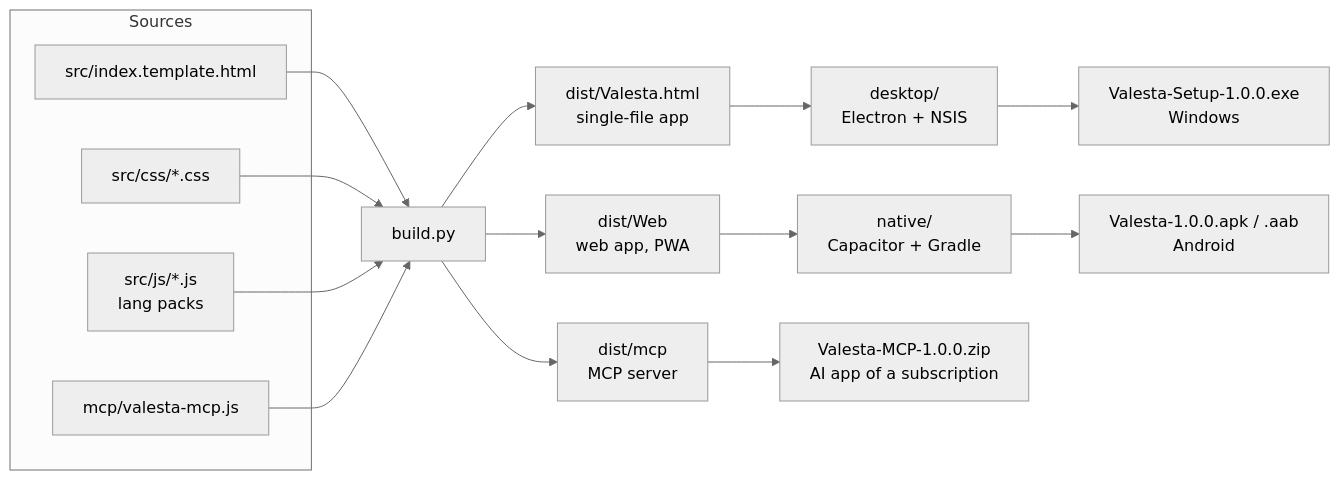
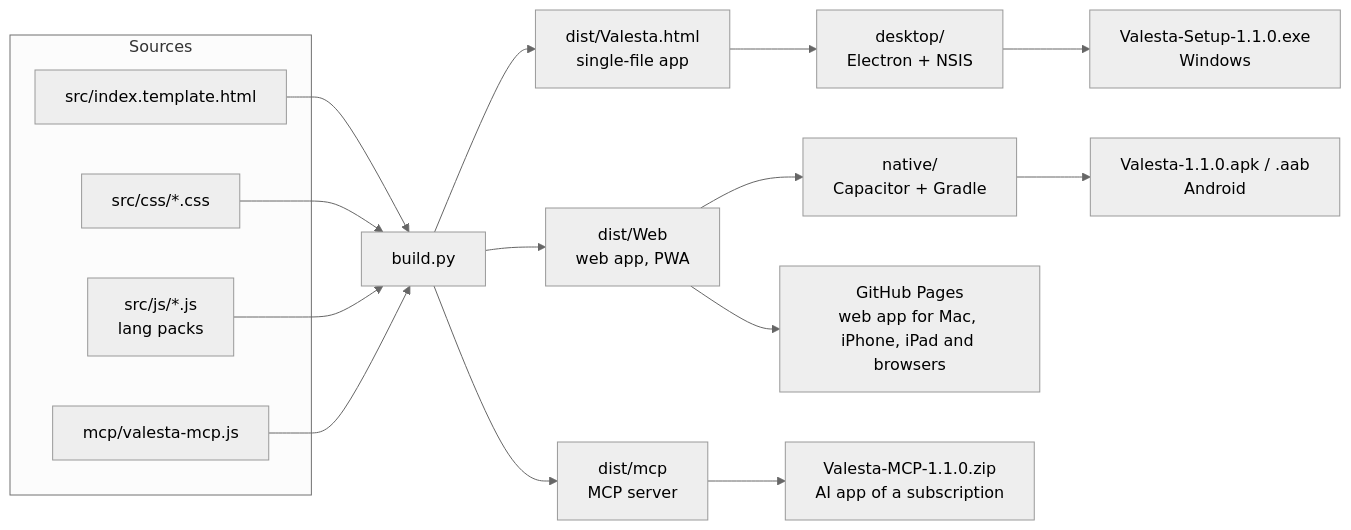
One commit to domestone-ai/Valesta changed the first of 4 diagrams in docs/architecture.md. Above: the diagram before and after it, drawn with Mermaid (neutral theme). The commit also changed 14 other files, not shown here.

````diff
--- a/docs/architecture.md
+++ b/docs/architecture.md
@@ -12,19 +12,20 @@
 ```mermaid
 flowchart LR
   subgraph Sources["Sources"]
     tpl[src/index.template.html]
     css[src/css/*.css]
     js[src/js/*.js<br/>lang packs]
     srv[mcp/valesta-mcp.js]
   end
   tpl & css & js --> build[build.py]
   srv --> build
   build --> single[dist/Valesta.html<br/>single-file app]
   build --> web[dist/Web<br/>web app, PWA]
   build --> mcp[dist/mcp<br/>MCP server]
   single --> desktop[desktop/<br/>Electron + NSIS]
   web --> native[native/<br/>Capacitor + Gradle]
-  desktop --> exe[Valesta-Setup-1.0.0.exe<br/>Windows]
-  native --> apk[Valesta-1.0.0.apk / .aab<br/>Android]
-  mcp --> zip[Valesta-MCP-1.0.0.zip<br/>AI app of a subscription]
+  desktop --> exe[Valesta-Setup-1.1.0.exe<br/>Windows]
+  native --> apk[Valesta-1.1.0.apk / .aab<br/>Android]
+  mcp --> zip[Valesta-MCP-1.1.0.zip<br/>AI app of a subscription]
+  web --> pages[GitHub Pages<br/>web app for Mac, iPhone, iPad and browsers]
 ```
````
